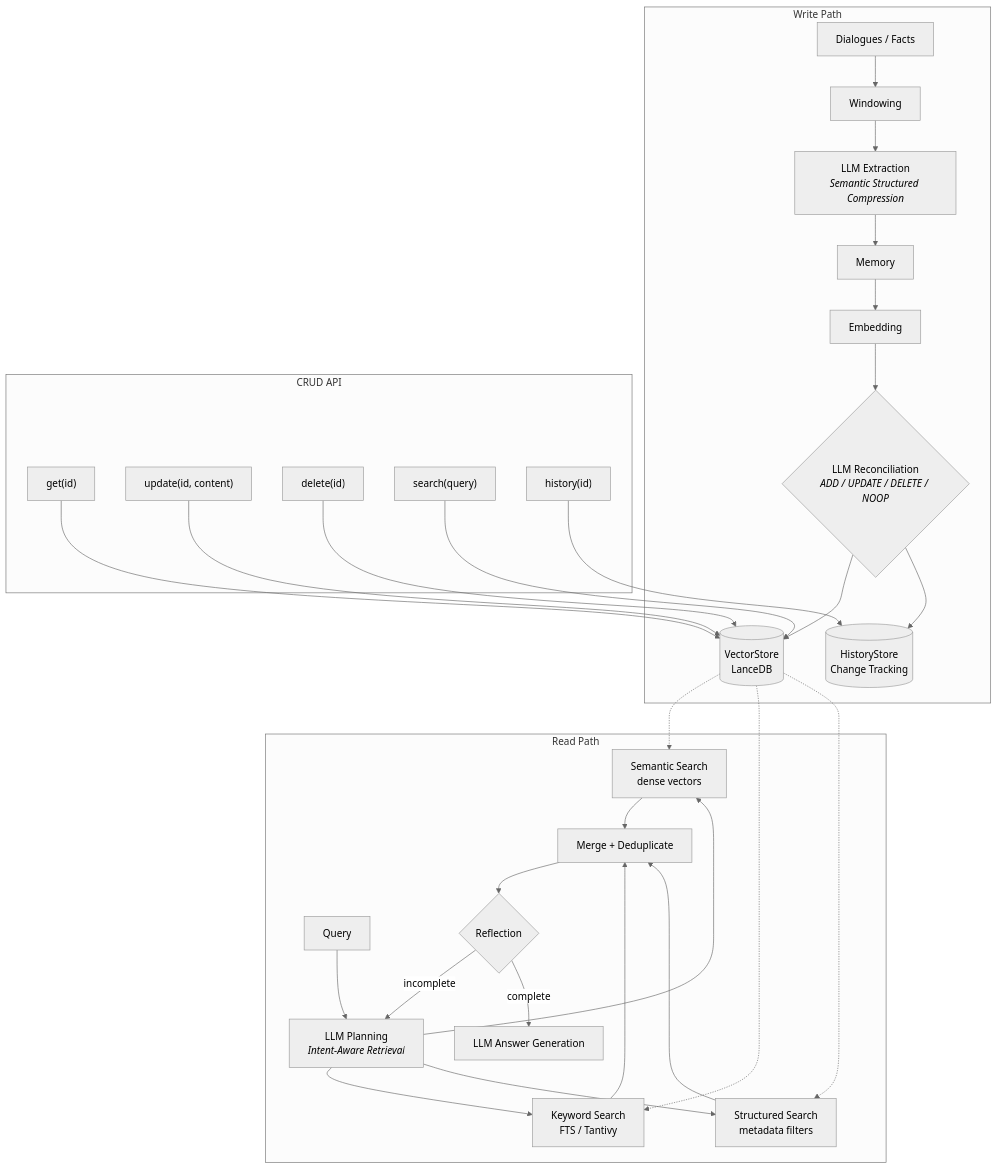
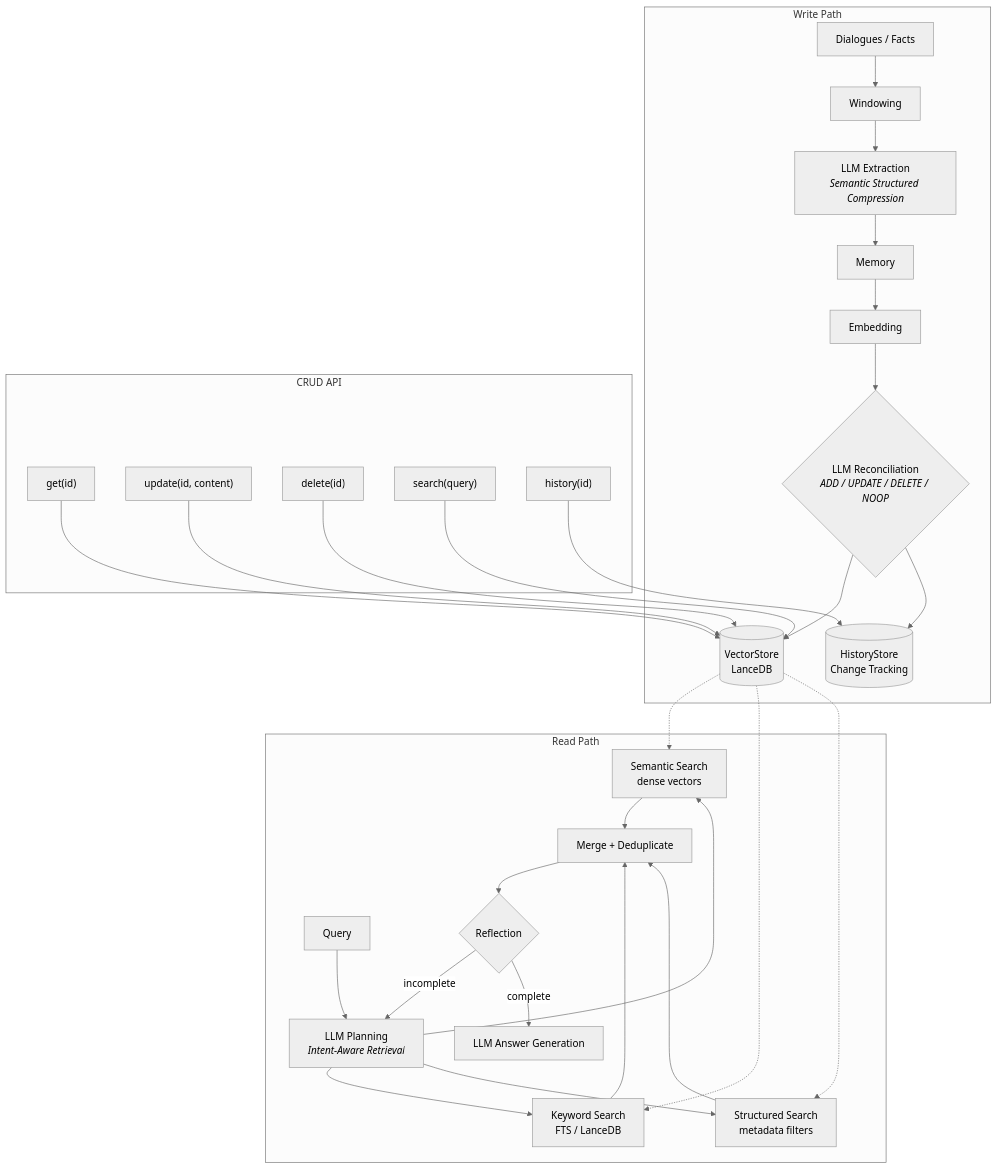
The diagram in README.md (dfytg/meme), drawn with Mermaid (neutral theme) before and after one commit. The commit also changed other lines of this file and 2 other files, not shown here.

````diff
--- a/README.md
+++ b/README.md
@@ -214,33 +214,33 @@
 ```mermaid
 flowchart TB
     subgraph Write["Write Path"]
         D["Dialogues / Facts"] --> W[Windowing]
         W --> LLM1["LLM Extraction<br/><i>Semantic Structured Compression</i>"]
         LLM1 --> E[Memory]
         E --> EMB1[Embedding]
         EMB1 --> RC{"LLM Reconciliation<br/><i>ADD / UPDATE / DELETE / NOOP</i>"}
         RC --> VS[(VectorStore<br/>LanceDB)]
         RC --> HS[(HistoryStore<br/>Change Tracking)]
     end
 
     subgraph CRUD["CRUD API"]
         GA["get(id)"] --> VS
         UA["update(id, content)"] --> VS
         DA["delete(id)"] --> VS
         SA["search(query)"] --> VS
         HA["history(id)"] --> HS
     end
 
     subgraph Read["Read Path"]
         Q[Query] --> P["LLM Planning<br/><i>Intent-Aware Retrieval</i>"]
         P --> S1[Semantic Search<br/>dense vectors]
-        P --> S2[Keyword Search<br/>FTS / Tantivy]
+        P --> S2[Keyword Search<br/>FTS / LanceDB]
         P --> S3[Structured Search<br/>metadata filters]
         S1 & S2 & S3 --> M[Merge + Deduplicate]
         M --> R{Reflection}
         R -->|incomplete| P
         R -->|complete| G["LLM Answer Generation"]
     end
 
     VS -.-> S1 & S2 & S3
 ```
````
